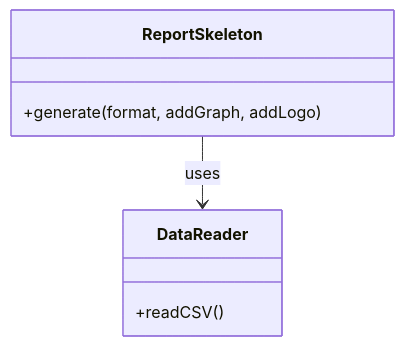
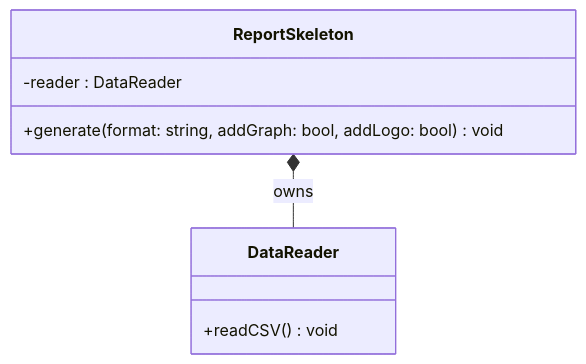
Before and after one commit to kumachan1101-pixel/DesignPattern: the first of 6 diagrams in kindle/design-patterns/output/chapter11.md, drawn with Mermaid. The commit also changed other lines of this file and 4 other files, not shown here.

First line of the commit message:
fix: ch08-12 クラス図修正・フェーズ6ステップ1再構成

````diff
--- a/kindle/design-patterns/output/chapter11.md
+++ b/kindle/design-patterns/output/chapter11.md
@@ -106,10 +106,11 @@
 ```mermaid
 classDiagram
     class ReportSkeleton {
-        +generate(format, addGraph, addLogo)
+        -reader : DataReader
+        +generate(format: string, addGraph: bool, addLogo: bool) void
     }
     class DataReader {
-        +readCSV()
+        +readCSV() void
     }
-    ReportSkeleton --> DataReader : uses
+    ReportSkeleton *-- DataReader : owns
 ```
````
